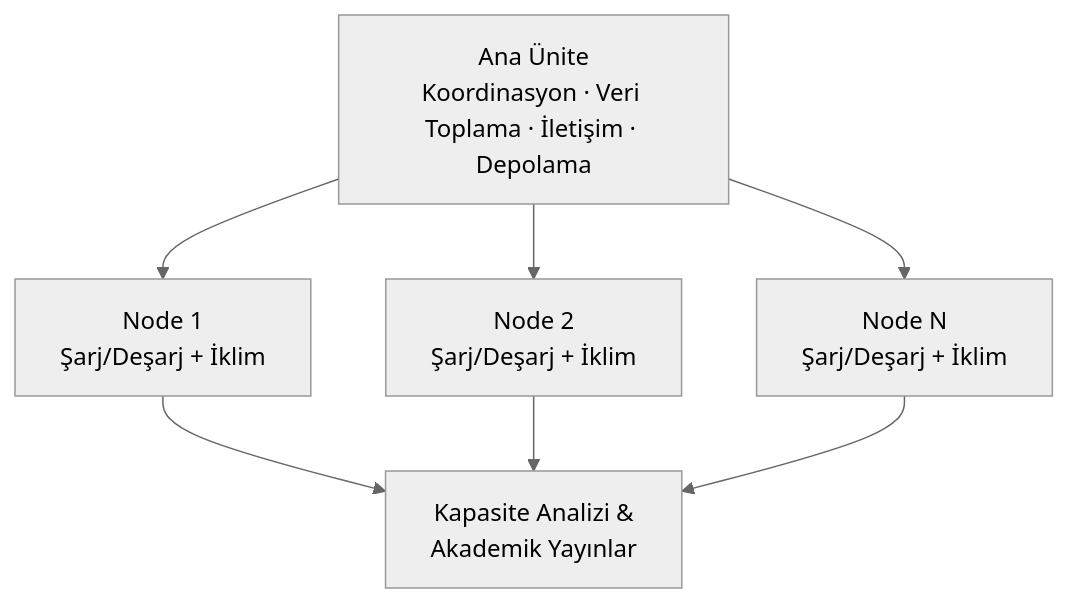
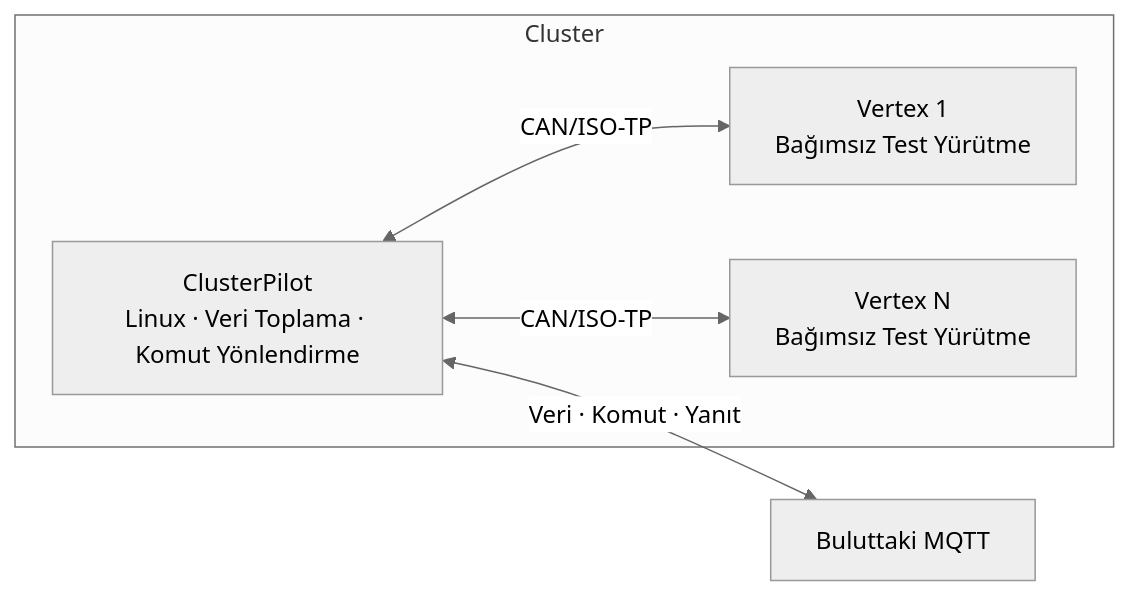
The diagram in README.md (mkadayifci/tronloop-defteri-kebir), drawn with Mermaid (neutral theme) before and after one commit. The commit also changed other lines of this file and 21 other files, not shown here.

````diff
--- a/README.md
+++ b/README.md
@@ -39,8 +48,11 @@
 ```mermaid
-flowchart TD
-    ANA["Ana Ünite<br/>Koordinasyon · Veri Toplama · İletişim · Depolama"]
-    ANA --> N1["Node 1<br/>Şarj/Deşarj + İklim"]
-    ANA --> N2["Node 2<br/>Şarj/Deşarj + İklim"]
-    ANA --> NN["Node N<br/>Şarj/Deşarj + İklim"]
-    N1 & N2 & NN --> ANL["Kapasite Analizi &<br/>Akademik Yayınlar"]
+flowchart LR
+    subgraph CLUSTER["Cluster"]
+        CP["ClusterPilot<br/>Linux · Veri Toplama · Komut Yönlendirme"]
+        V1["Vertex 1<br/>Bağımsız Test Yürütme"]
+        VN["Vertex N<br/>Bağımsız Test Yürütme"]
+        CP <-->|CAN/ISO-TP| V1
+        CP <-->|CAN/ISO-TP| VN
+    end
+    CP <-->|Veri · Komut · Yanıt| MQTT["Buluttaki MQTT"]
 ```
````
